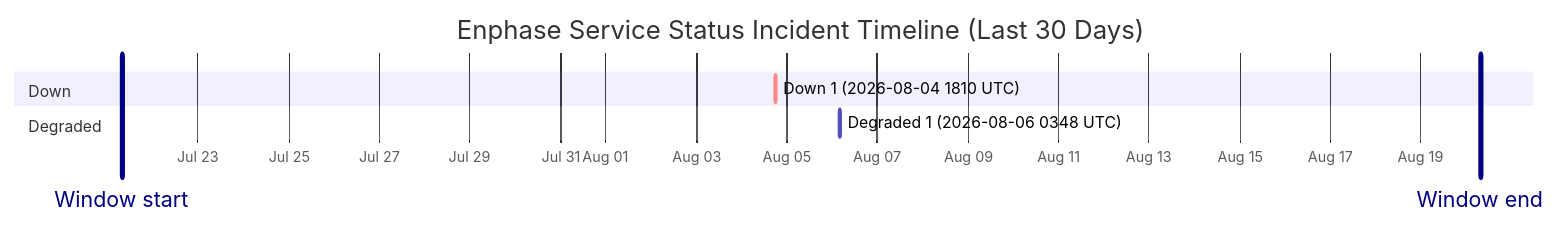
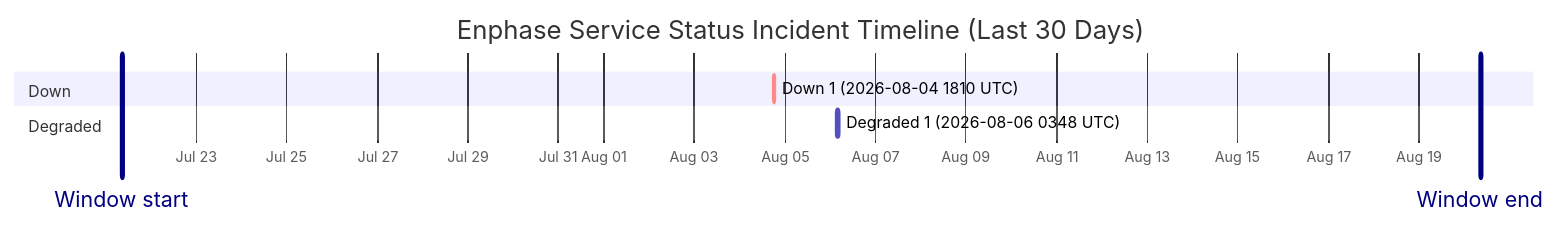
One commit to barneyonline/ha-enphase-energy changed the diagram in wiki/Service-Status-History.md. Above: the diagram before and after it, drawn with Mermaid. The commit also changed other lines of this file and 3 other files, not shown here.

````diff
--- a/wiki/Service-Status-History.md
+++ b/wiki/Service-Status-History.md
@@ -14,12 +14,12 @@
 ```mermaid
 gantt
     title Enphase Service Status Incident Timeline (Last 30 Days)
     dateFormat  YYYY-MM-DDTHH:mm:ss
     axisFormat  %b %d
-    Window start :vert, window-start, 2026-07-21T07:41:52, 0ms
-    Window end :vert, window-end, 2026-08-20T07:41:52, 0ms
+    Window start :vert, window-start, 2026-07-21T08:35:29, 0ms
+    Window end :vert, window-end, 2026-08-20T08:35:29, 0ms
     section Down
     Down 1 (2026-08-04 1810 UTC) :crit, down-1, 2026-08-04T18:10:46, 60m
     section Degraded
     Degraded 1 (2026-08-06 0348 UTC) :active, degraded-1, 2026-08-06T03:48:14, 60m
 ```
````
